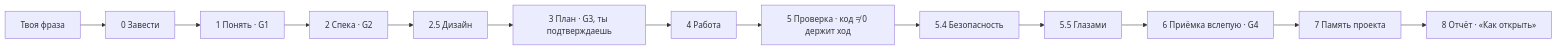
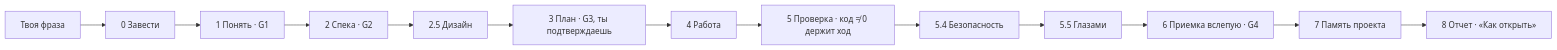
Before and after one commit to edvardgrishin27/superstack-plugin: the diagram in README.md, drawn with Mermaid. The commit also changed other lines of this file and 70 other files, not shown here.

````diff
--- a/README.md
+++ b/README.md
@@ -147,17 +149,17 @@
 ```mermaid
 flowchart LR
     A["Твоя фраза"]
     B["0 Завести"]
     C["1 Понять · G1"]
     D["2 Спека · G2"]
     E["2.5 Дизайн"]
     F["3 План · G3, ты подтверждаешь"]
     G["4 Работа"]
     H["5 Проверка · код ≠ 0 держит ход"]
     I["5.4 Безопасность"]
     J["5.5 Глазами"]
-    K["6 Приёмка вслепую · G4"]
+    K["6 Приемка вслепую · G4"]
     L["7 Память проекта"]
-    M["8 Отчёт · «Как открыть»"]
+    M["8 Отчет · «Как открыть»"]
     A --> B --> C --> D --> E --> F --> G --> H --> I --> J --> K --> L --> M
 ```
````
